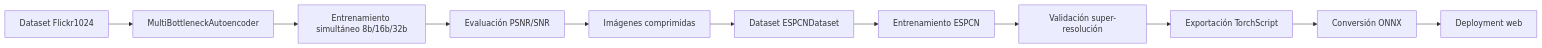
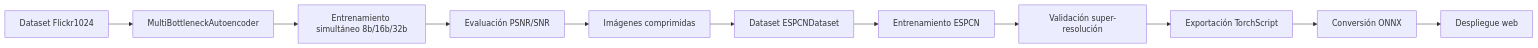
The second of 2 diagrams in README.md (nastacuazp/proyecto_final_scm), drawn with Mermaid before and after one commit. The commit also changed other lines of this file, not shown here.

````diff
--- a/README.md
+++ b/README.md
@@ -228,13 +228,13 @@
 ```mermaid
 graph LR
     A[Dataset Flickr1024] --> B[MultiBottleneckAutoencoder]
     B --> C[Entrenamiento simultáneo 8b/16b/32b]
     C --> D[Evaluación PSNR/SNR]
     D --> E[Imágenes comprimidas]
     E --> F[Dataset ESPCNDataset]
     F --> G[Entrenamiento ESPCN]
     G --> H[Validación super-resolución]
     H --> I[Exportación TorchScript]
     I --> J[Conversión ONNX]
-    J --> K[Deployment web]
+    J --> K[Despliegue web]
 ```
````
